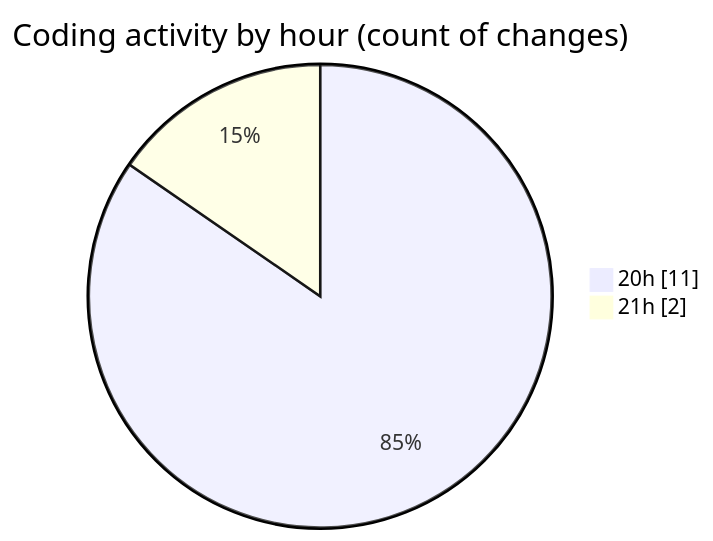
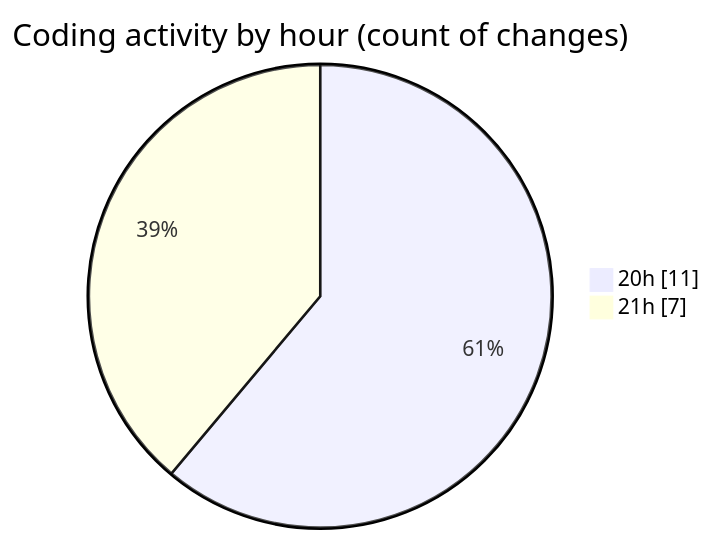
Before and after one commit to Elitesun/code-tracking: the second of 2 diagrams in 2025-02-21/elitegpt/README.md, drawn with Mermaid. The commit also changed other lines of this file and 1 other file, not shown here.

````diff
--- a/2025-02-21/elitegpt/README.md
+++ b/2025-02-21/elitegpt/README.md
@@ -31,6 +31,6 @@
 ```mermaid
 pie showData
 title Coding activity by hour (count of changes)
 "20h" : 11
-"21h" : 2
+"21h" : 7
 ```
````
